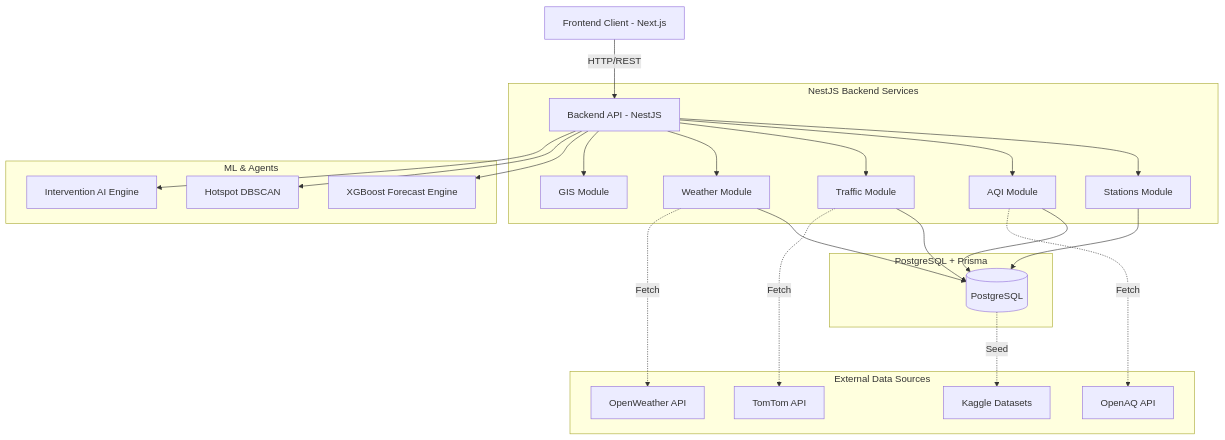
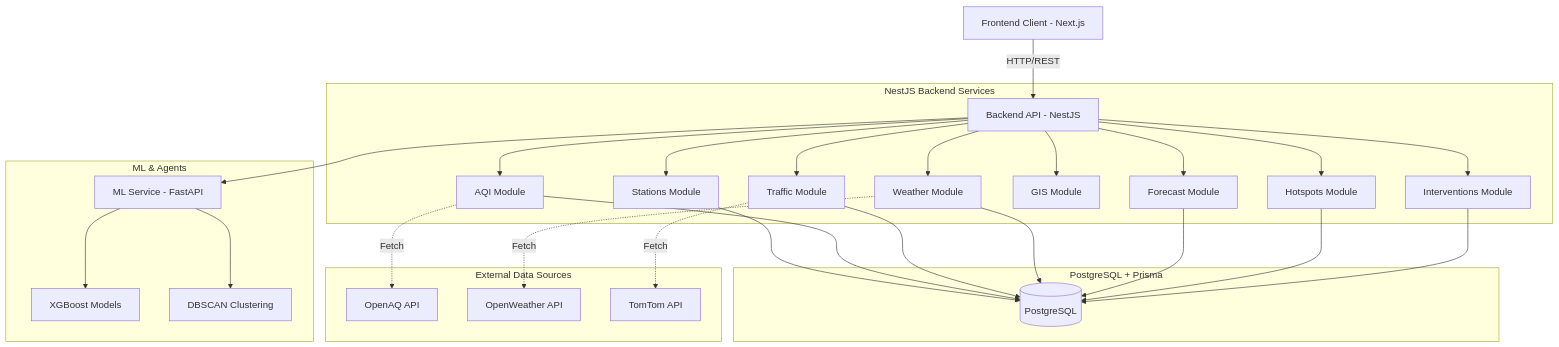
The first of 2 diagrams in README.md (Rahulvadher007/AERIS), drawn with Mermaid before and after one commit. The commit also changed other lines of this file, not shown here.

````diff
--- a/README.md
+++ b/README.md
@@ -91,32 +116,37 @@
 ```mermaid
 graph TD
     Client[Frontend Client - Next.js] -->|HTTP/REST| API[Backend API - NestJS]
     
     subgraph Core Backend [NestJS Backend Services]
         API --> Stations[Stations Module]
         API --> AQI[AQI Module]
         API --> Traffic[Traffic Module]
         API --> Weather[Weather Module]
         API --> GIS[GIS Module]
+        API --> Forecast[Forecast Module]
+        API --> Hotspots[Hotspots Module]
+        API --> Interventions[Interventions Module]
     end
 
     subgraph Database Layer [PostgreSQL + Prisma]
         Stations --> DB[(PostgreSQL)]
         AQI --> DB
         Traffic --> DB
         Weather --> DB
+        Forecast --> DB
+        Hotspots --> DB
+        Interventions --> DB
     end
 
     subgraph AI Intelligence Layer [ML & Agents]
-        API --> Forecasting[XGBoost Forecast Engine]
-        API --> Clustering[Hotspot DBSCAN]
-        API --> Engine[Intervention AI Engine]
+        API --> MLService[ML Service - FastAPI]
+        MLService --> XGBoost[XGBoost Models]
+        MLService --> DBSCAN[DBSCAN Clustering]
     end
 
     subgraph External Data Sources
         AQI -.->|Fetch| OpenAQ[OpenAQ API]
         Weather -.->|Fetch| OpenWeather[OpenWeather API]
         Traffic -.->|Fetch| TomTom[TomTom API]
-        DB -.->|Seed| Kaggle[Kaggle Datasets]
     end
 ```
````
